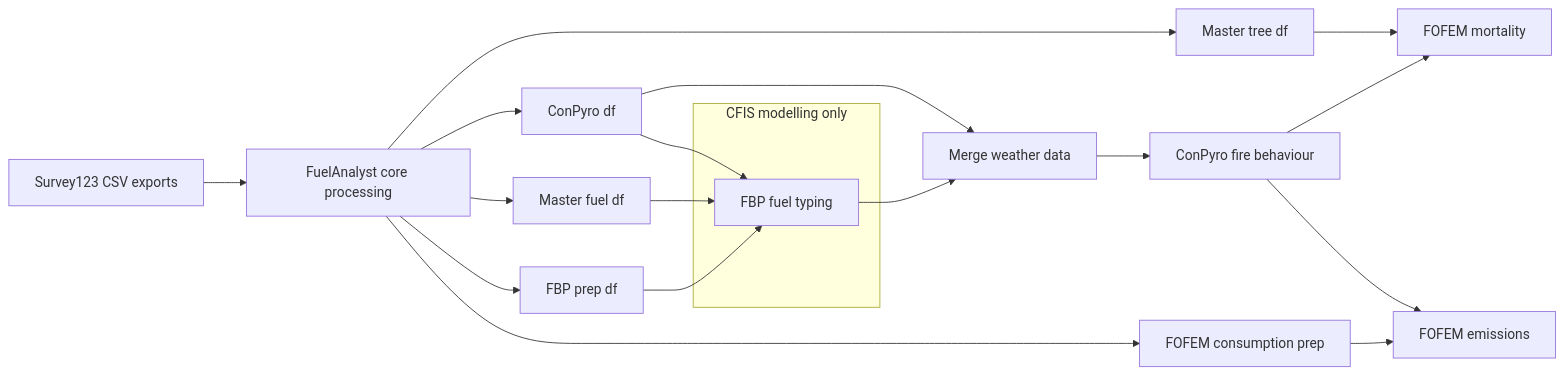
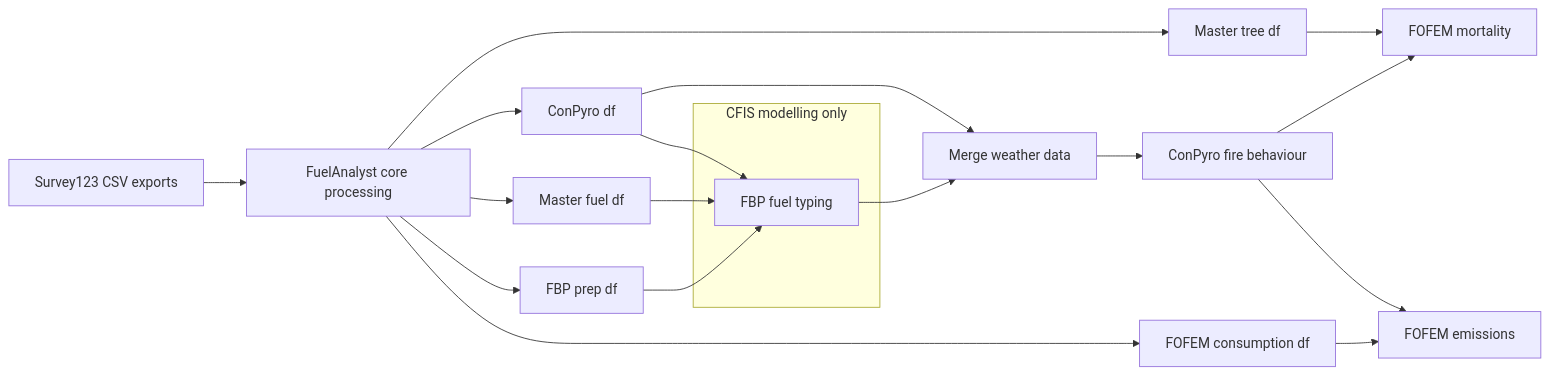
Before and after one commit to gagreene/FuelAnalyst: the diagram in README.md, drawn with Mermaid.

Commit message:
docs: rename FOFEM consumption node label in workflow diagram

````diff
--- a/README.md
+++ b/README.md
@@ -57,22 +57,22 @@
 ```mermaid
 flowchart LR
     A[Survey123 CSV exports] --> B[FuelAnalyst core processing]
     B --> T[Master tree df]
     B --> D[ConPyro df]
     B --> C[Master fuel df]
     B --> P[FBP prep df]
     D --> F
     C --> F
     P --> F
     subgraph CFIS["CFIS modelling only"]
         F[FBP fuel typing]
     end
     D --> G[Merge weather data]
     F --> G
     G --> H[ConPyro fire behaviour]
-    B --> E[FOFEM consumption prep]
+    B --> E[FOFEM consumption df]
     T --> M[FOFEM mortality]
     H --> M
     H --> N
     E --> N[FOFEM emissions]
 ```
````
